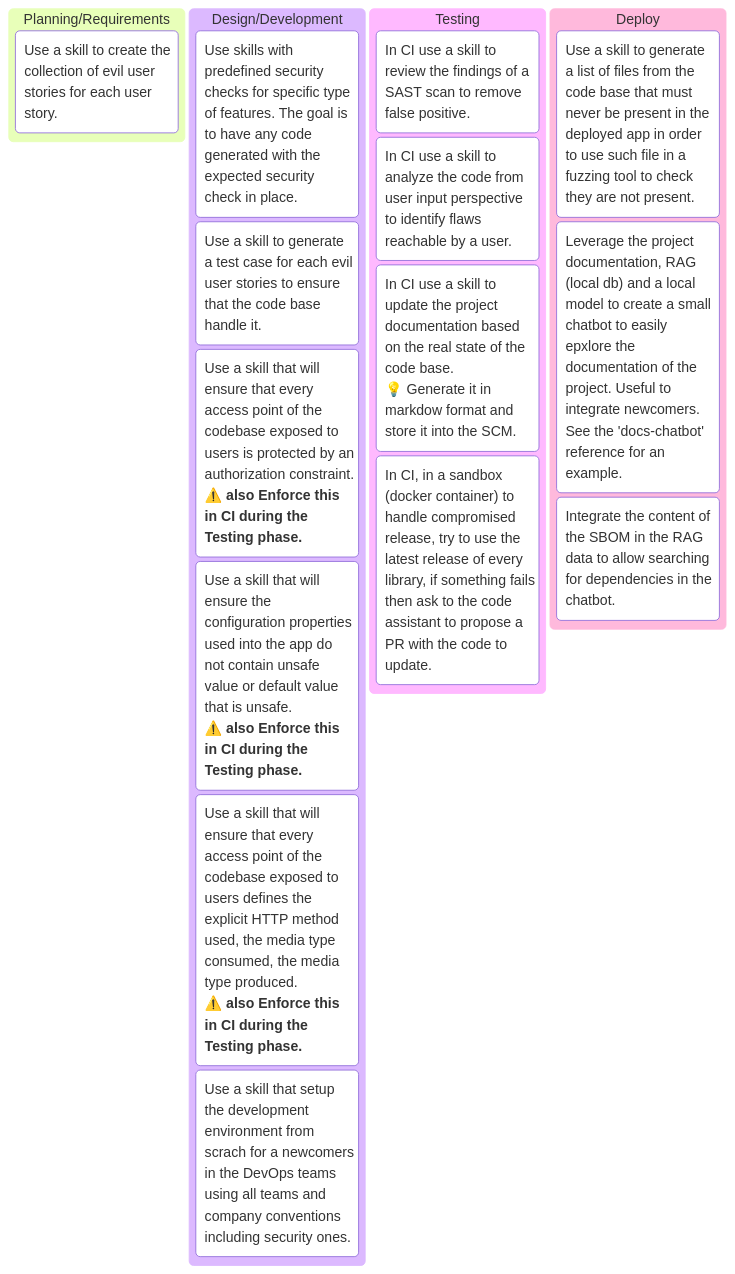
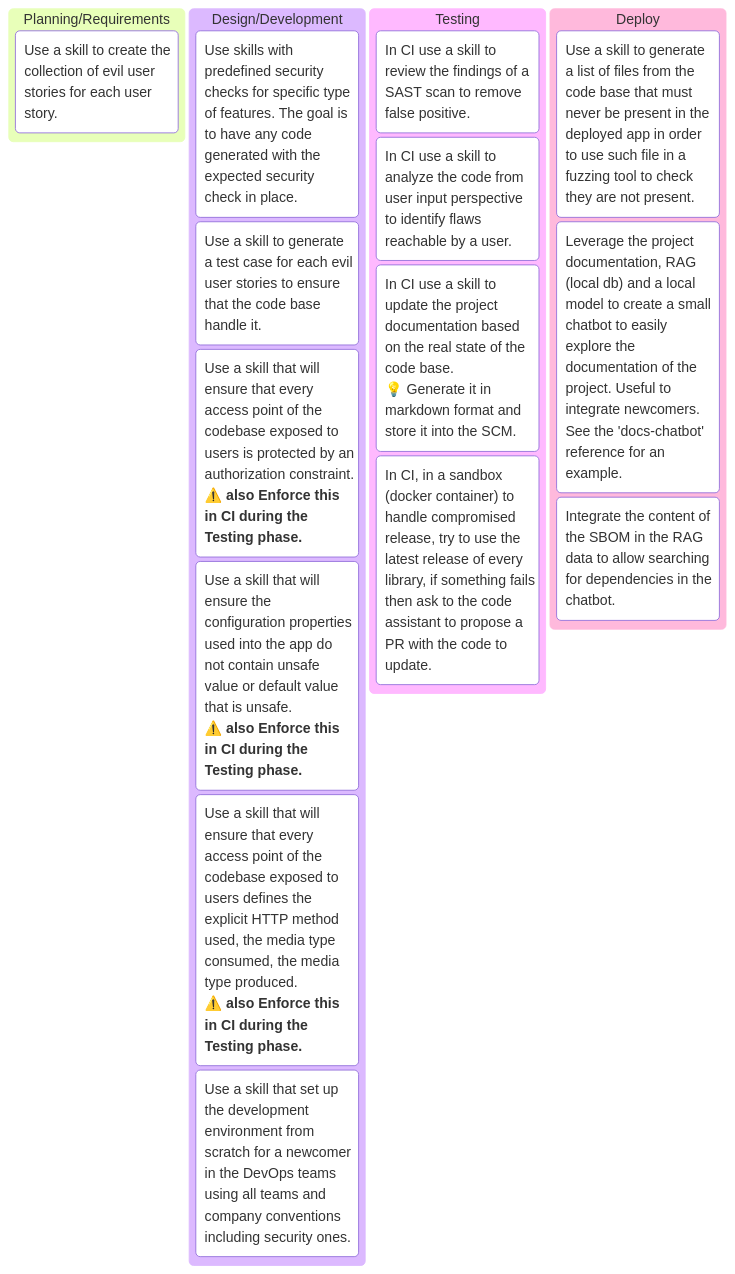
The diagram in poc07/README.md (righettod/poc-llm), drawn with Mermaid before and after one commit.

Commit message:
init poc7

````diff
--- a/poc07/README.md
+++ b/poc07/README.md
@@ -16,21 +16,21 @@
 ```mermaid
 kanban
     step00[Planning/Requirements]
         step00-task00["Use a skill to create the collection of evil user stories for each user story."]
     step01[Design/Development]
         step01-task00["Use skills with predefined security checks for specific type of features. The goal is to have any code generated with the expected security check in place."]
         step01-task01["Use a skill to generate a test case for each evil user stories to ensure that the code base handle it."]
         step01-task02["Use a skill that will ensure that every access point of the codebase exposed to users is protected by an authorization constraint.<br/>⚠️ **also Enforce this in CI during the Testing phase.**"] 
         step01-task03["Use a skill that will ensure the configuration properties used into the app do not contain unsafe value or default value that is unsafe.<br/>⚠️ **also Enforce this in CI during the Testing phase.**"]       
         step01-task04["Use a skill that will ensure that every access point of the codebase exposed to users defines the explicit HTTP method used, the media type consumed, the media type produced.<br/>⚠️ **also Enforce this in CI during the Testing phase.**"]                  
-        step01-task05["Use a skill that setup the development environment from scrach for a newcomers in the DevOps teams using all teams and company conventions including security ones."]                          
+        step01-task05["Use a skill that set up the development environment from scratch for a newcomer in the DevOps teams using all teams and company conventions including security ones."]                          
     step02[Testing]    
         step02-task00["In CI use a skill to review the findings of a SAST scan to remove false positive."]
         step02-task01["In CI use a skill to analyze the code from user input perspective to identify flaws reachable by a user."]
-        step02-task02["In CI use a skill to update the project documentation based on the real state of the code base.<br/>💡 Generate it in markdow format and store it into the SCM."]     
+        step02-task02["In CI use a skill to update the project documentation based on the real state of the code base.<br/>💡 Generate it in markdown format and store it into the SCM."]     
         step02-task03["In CI, in a sandbox (docker container) to handle compromised release, try to use the latest release of every library, if something fails then ask to the code assistant to propose a PR with the code to update."]     
     step03[Deploy]              
         step03-task00["Use a skill to generate a list of files from the code base that must never be present in the deployed app in order to use such file in a fuzzing tool to check they are not present."]
-        step03-task01["Leverage the project documentation, RAG (local db) and a local model to create a small chatbot to easily epxlore the documentation of the project. Useful to integrate newcomers. See the 'docs-chatbot' reference for an example."]        
+        step03-task01["Leverage the project documentation, RAG (local db) and a local model to create a small chatbot to easily explore the documentation of the project. Useful to integrate newcomers. See the 'docs-chatbot' reference for an example."]        
         step03-task02["Integrate the content of the SBOM in the RAG data to allow searching for dependencies in the chatbot."]                
 ```
````
